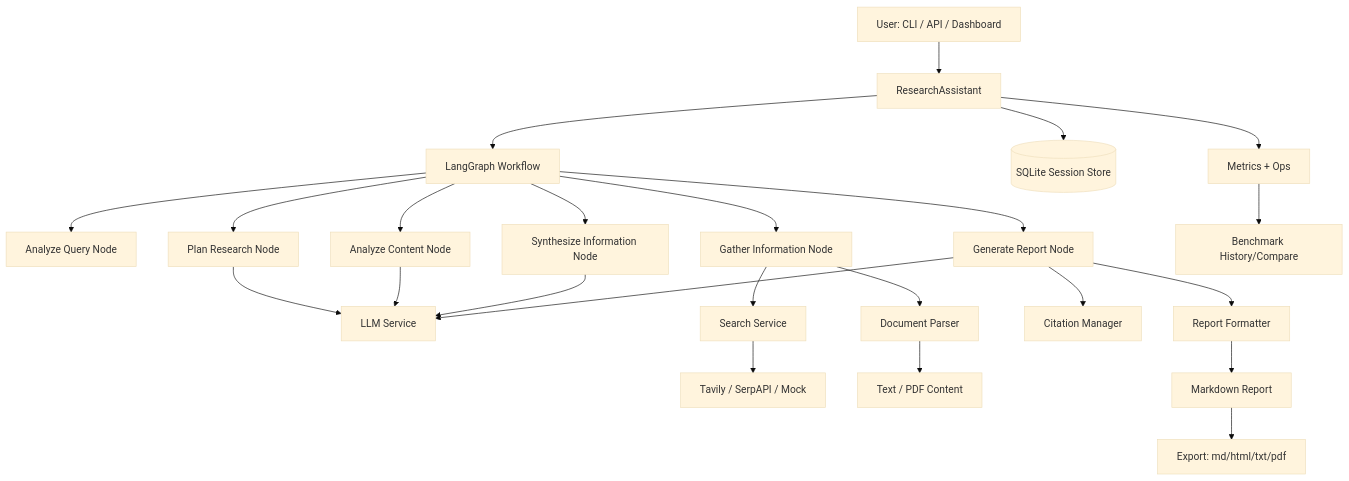
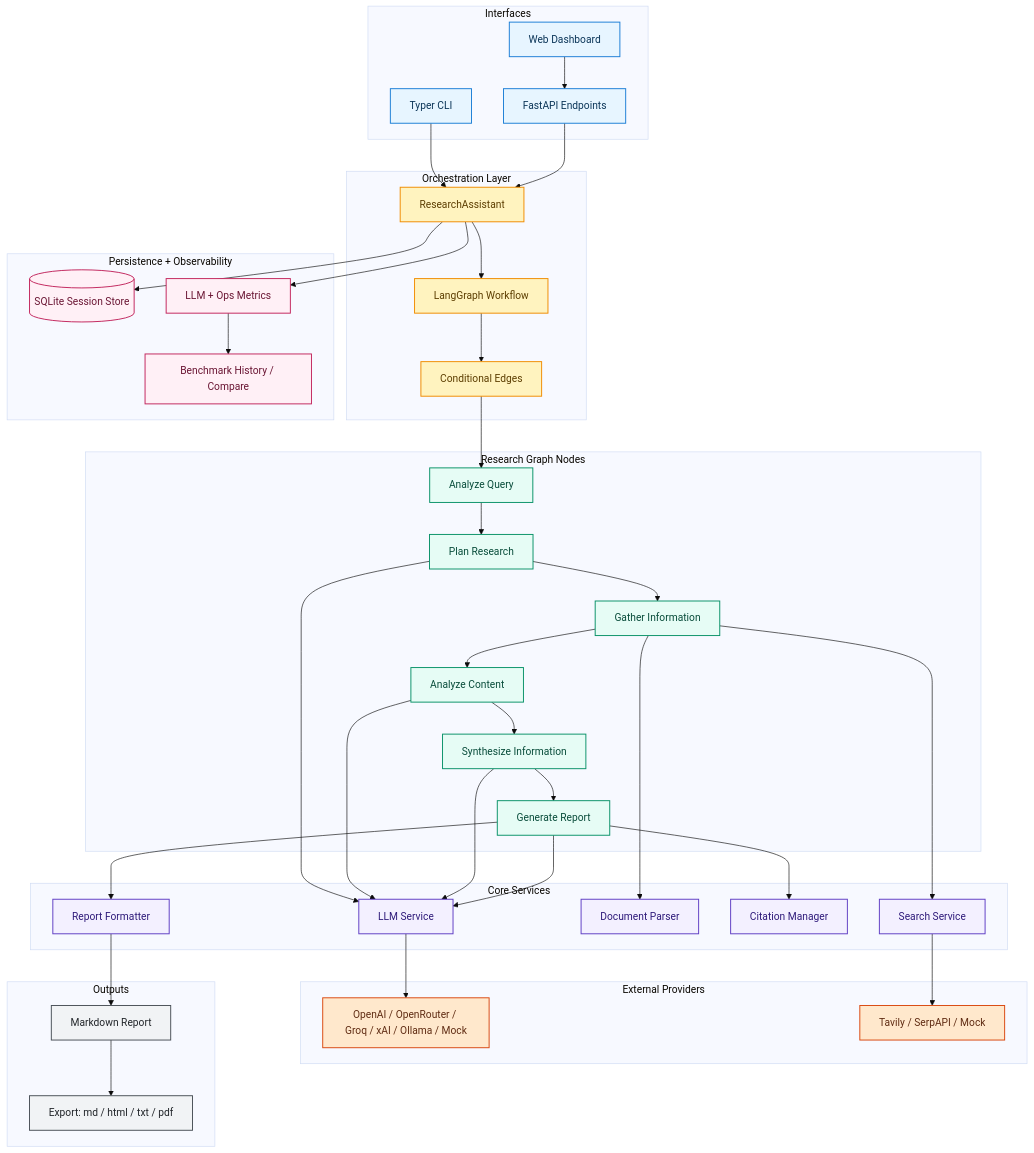
The diagram in README.md (atikulmunna/research-pilot), drawn with Mermaid (base theme) before and after one commit. The commit also changed other lines of this file, not shown here.

Commit message:
docs: add YouTube demo thumbnail and update demo section

````diff
--- a/README.md
+++ b/README.md
@@ -27,30 +35,85 @@
 ```mermaid
 flowchart TD
-  U[User: CLI / API / Dashboard] --> A[ResearchAssistant]
-  A --> G[LangGraph Workflow]
-  G --> N1[Analyze Query Node]
-  G --> N2[Plan Research Node]
-  G --> N3[Gather Information Node]
-  G --> N4[Analyze Content Node]
-  G --> N5[Synthesize Information Node]
-  G --> N6[Generate Report Node]
+  subgraph UX[Interfaces]
+    CLI[Typer CLI]
+    API[FastAPI Endpoints]
+    DASH[Web Dashboard]
+  end
 
-  N2 --> LLM1[LLM Service]
-  N4 --> LLM1
-  N5 --> LLM1
-  N6 --> LLM1
+  subgraph ORCH[Orchestration Layer]
+    RA[ResearchAssistant]
+    WF[LangGraph Workflow]
+    EDGE[Conditional Edges]
+  end
 
-  N3 --> S[Search Service]
-  S --> T[Tavily / SerpAPI / Mock]
-  N3 --> P[Document Parser]
-  P --> D[Text / PDF Content]
+  subgraph GRAPH[Research Graph Nodes]
+    N1[Analyze Query]
+    N2[Plan Research]
+    N3[Gather Information]
+    N4[Analyze Content]
+    N5[Synthesize Information]
+    N6[Generate Report]
+  end
 
-  N6 --> C[Citation Manager]
-  N6 --> F[Report Formatter]
-  F --> R[Markdown Report]
-  R --> X1[Export: md/html/txt/pdf]
+  subgraph SERVICES[Core Services]
+    LLM[LLM Service]
+    SEARCH[Search Service]
+    PARSER[Document Parser]
+    CITE[Citation Manager]
+    FMT[Report Formatter]
+  end
 
-  A --> DB[(SQLite Session Store)]
-  A --> M[Metrics + Ops]
-  M --> B[Benchmark History/Compare]
+  subgraph PROVIDERS[External Providers]
+    LLM_P[OpenAI / OpenRouter / Groq / xAI / Ollama / Mock]
+    S_P[Tavily / SerpAPI / Mock]
+  end
+
+  subgraph DATA[Persistence + Observability]
+    DB[(SQLite Session Store)]
+    MET[LLM + Ops Metrics]
+    BENCH[Benchmark History / Compare]
+  end
+
+  subgraph OUTPUTS[Outputs]
+    MD[Markdown Report]
+    EXP[Export: md / html / txt / pdf]
+  end
+
+  CLI --> RA
+  API --> RA
+  DASH --> API
+  RA --> WF
+  WF --> EDGE
+  EDGE --> N1 --> N2 --> N3 --> N4 --> N5 --> N6
+
+  N2 --> LLM
+  N4 --> LLM
+  N5 --> LLM
+  N6 --> LLM
+  LLM --> LLM_P
+
+  N3 --> SEARCH --> S_P
+  N3 --> PARSER
+  N6 --> CITE
+  N6 --> FMT
+  FMT --> MD --> EXP
+
+  RA --> DB
+  RA --> MET --> BENCH
+
+  classDef ui fill:#e7f5ff,stroke:#1c7ed6,stroke-width:1.5px,color:#0b3558;
+  classDef orch fill:#fff3bf,stroke:#f08c00,stroke-width:1.5px,color:#5c3d00;
+  classDef gnode fill:#e6fcf5,stroke:#099268,stroke-width:1.5px,color:#084c3a;
+  classDef svc fill:#f3f0ff,stroke:#5f3dc4,stroke-width:1.5px,color:#2e1a7a;
+  classDef provider fill:#ffe8cc,stroke:#d9480f,stroke-width:1.5px,color:#5f2b12;
+  classDef data fill:#fff0f6,stroke:#c2255c,stroke-width:1.5px,color:#6a1533;
+  classDef out fill:#f1f3f5,stroke:#495057,stroke-width:1.5px,color:#212529;
+
+  class CLI,API,DASH ui;
+  class RA,WF,EDGE orch;
+  class N1,N2,N3,N4,N5,N6 gnode;
+  class LLM,SEARCH,PARSER,CITE,FMT svc;
+  class LLM_P,S_P provider;
+  class DB,MET,BENCH data;
+  class MD,EXP out;
 ```
````
